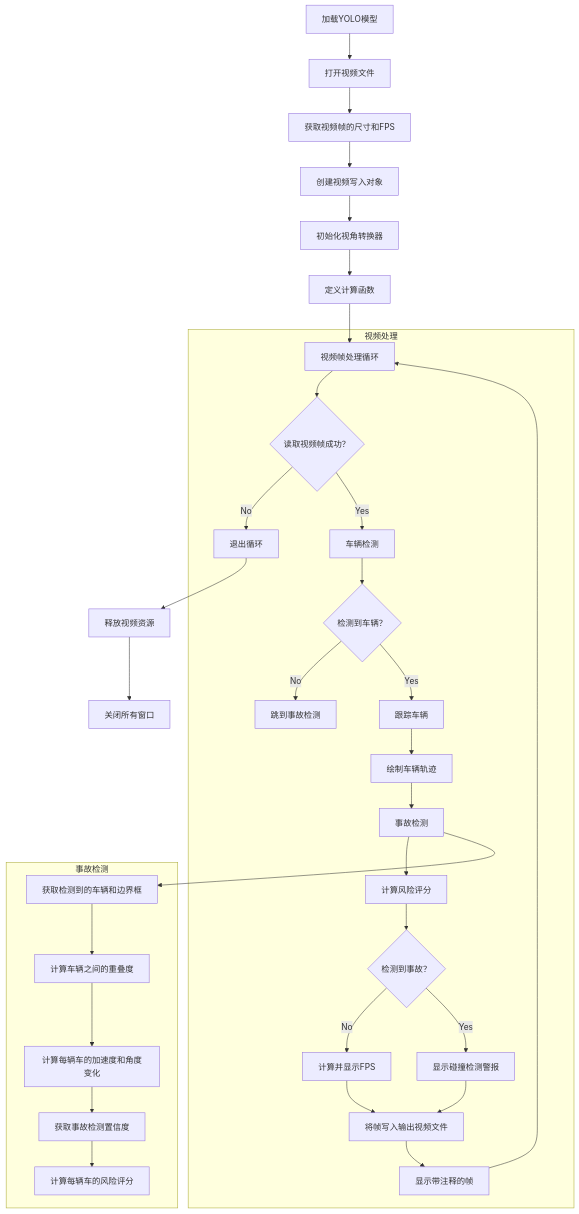
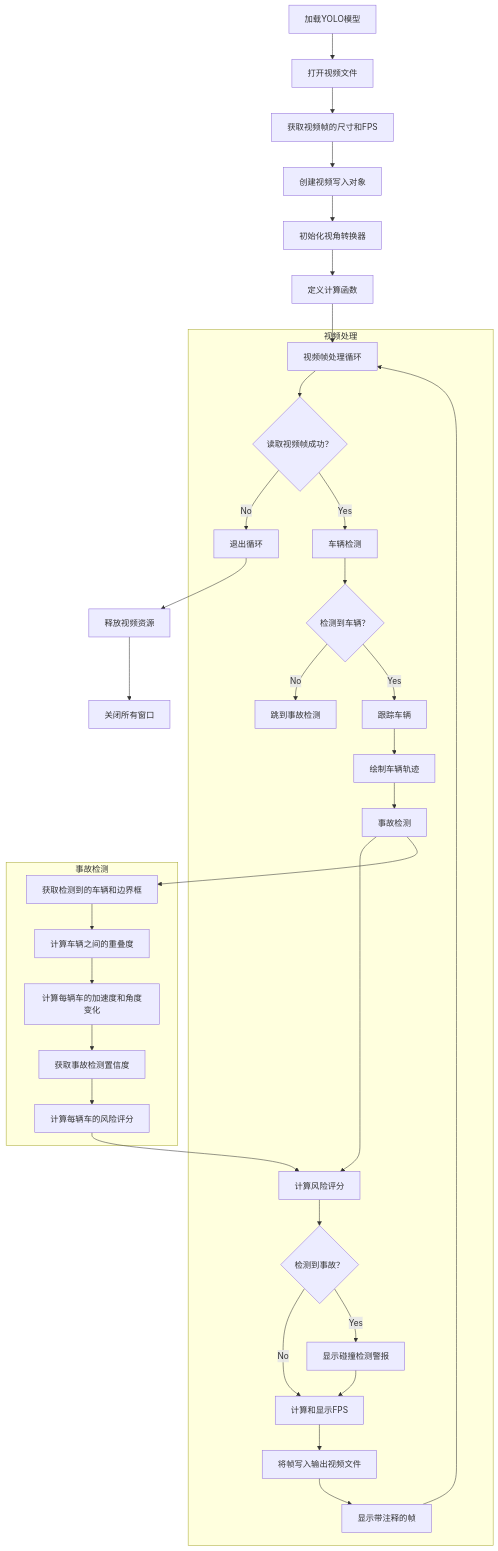
Before and after one commit to Kitagawayyds/Traffic-accident-prediction: the diagram in README.md, drawn with Mermaid.

````diff
--- a/README.md
+++ b/README.md
@@ -65,49 +65,52 @@
 ```mermaid
 graph TD
     A[加载YOLO模型]
     B[打开视频文件]
     C[获取视频帧的尺寸和FPS]
     D[创建视频写入对象]
     E[初始化视角转换器]
     F[定义计算函数]
     
     subgraph 视频处理
         G[视频帧处理循环]
         G --> H{读取视频帧成功？}
         H -- No --> I[退出循环]
         H -- Yes --> J[车辆检测]
         J --> K{检测到车辆？}
         K -- No --> L[跳到事故检测]
         K -- Yes --> M[跟踪车辆]
         M --> N[绘制车辆轨迹]
 
         N --> O[事故检测]
         O --> P[计算风险评分]
         P --> Q{检测到事故？}
-        Q -- No --> R[计算并显示FPS]
+        Q -- No --> T[计算和显示FPS]
         Q -- Yes --> S[显示碰撞检测警报]
 
-        R --> T[将帧写入输出视频文件]
         S --> T
-        T --> U[显示带注释的帧]
-        U --> G
+        T --> U[将帧写入输出视频文件]
+        U --> V[显示带注释的帧]
+        V --> G
     end
 
-    I --> V[释放视频资源]
-    V --> W[关闭所有窗口]
+    I --> W[释放视频资源]
+    W --> X[关闭所有窗口]
 
     A --> B
     B --> C
     C --> D
     D --> E
     E --> F
     F --> G
 
     subgraph 事故检测
         O --> P1[获取检测到的车辆和边界框]
         P1 --> P2[计算车辆之间的重叠度]
         P2 --> P3[计算每辆车的加速度和角度变化]
         P3 --> P4[获取事故检测置信度]
         P4 --> P5[计算每辆车的风险评分]
+        P5 --> P[计算风险评分]
+        
     end
+
 ```
````
